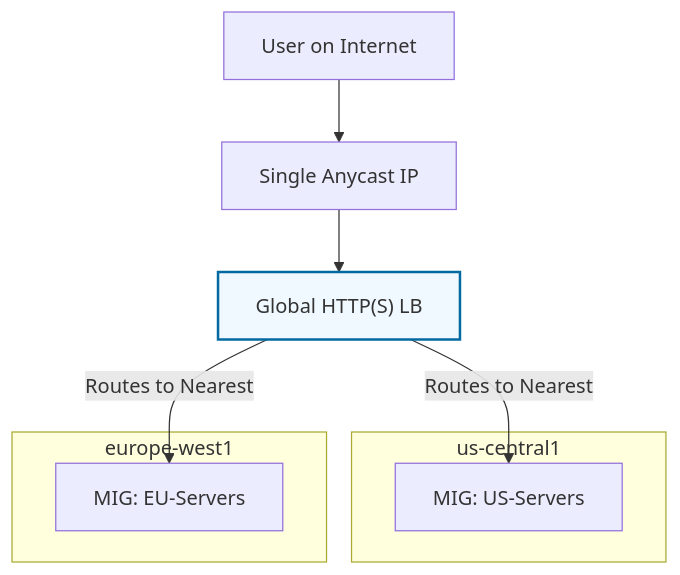
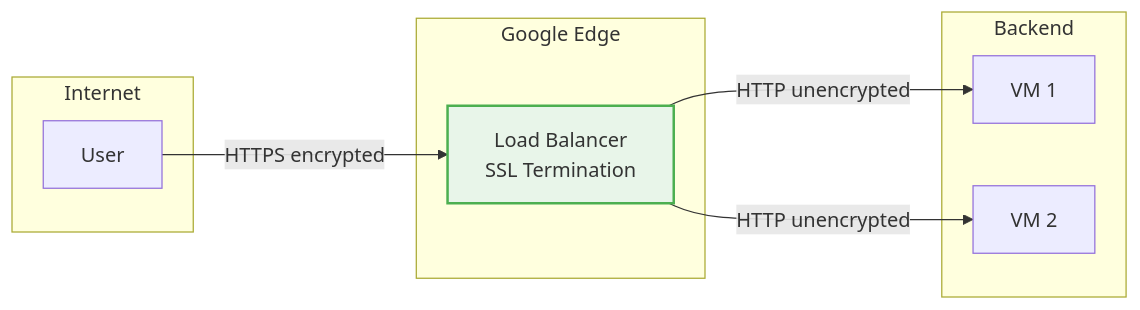
One commit to jyothivempa/gcp-study-plan changed the third of 4 diagrams in curriculum/content/section_9_load_balancing.md. Above: the diagram before and after it, drawn with Mermaid. The commit also changed other lines of this file and 84 other files, not shown here.

````diff
--- a/curriculum/content/section_9_load_balancing.md
+++ b/curriculum/content/section_9_load_balancing.md
@@ -40,18 +107,20 @@
 ```mermaid
-graph TD
-    User[User on Internet] --> Anycast["Single Anycast IP"]
-    Anycast --> GLB["Global HTTP(S) LB"]
-    
-    subgraph Region_US ["us-central1"]
-        MIG_US[MIG: US-Servers]
+flowchart LR
+    subgraph Internet
+        U[User]
     end
     
-    subgraph Region_EU ["europe-west1"]
-        MIG_EU[MIG: EU-Servers]
+    subgraph Edge["Google Edge"]
+        LB[Load Balancer<br/>SSL Termination]
     end
-
-    GLB -- "Routes to Nearest" --> MIG_US
-    GLB -- "Routes to Nearest" --> MIG_EU
-
-    style GLB fill:#f0f9ff,stroke:#0369a1,stroke-width:2px
+    
+    subgraph Backend
+        VM1[VM 1]
+        VM2[VM 2]
+    end
+    
+    U -->|HTTPS encrypted| LB
+    LB -->|HTTP unencrypted| VM1 & VM2
+    
+    style LB fill:#e8f5e9,stroke:#4caf50,stroke-width:2px
 ```
````
